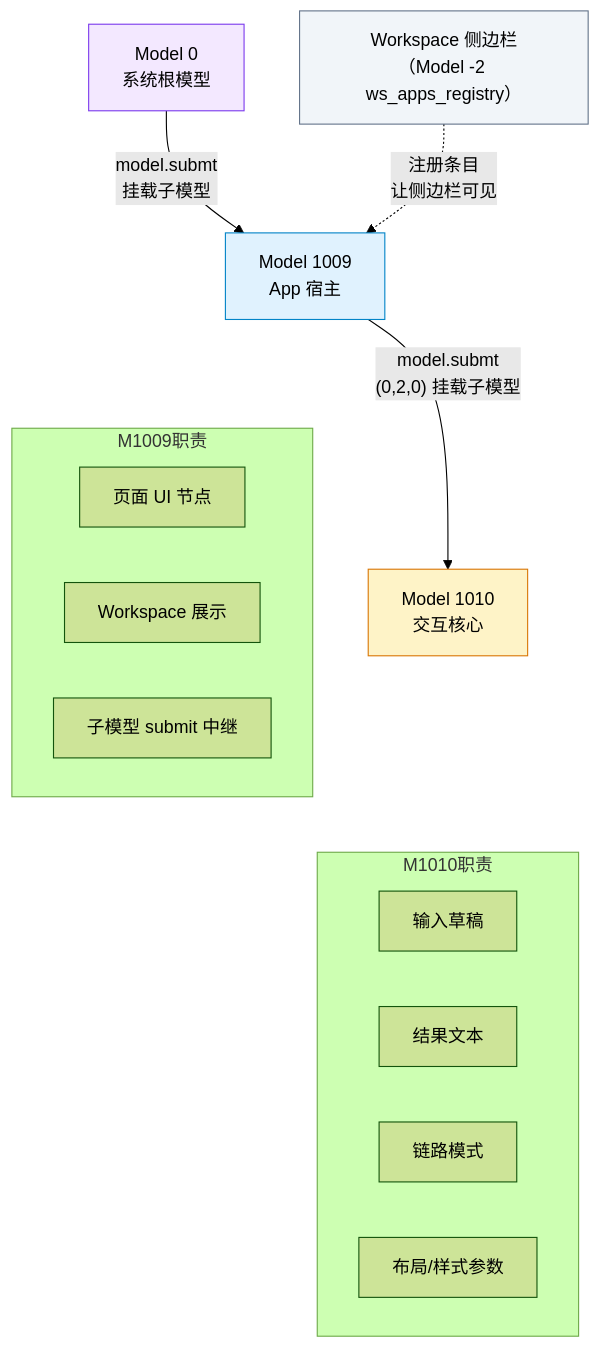
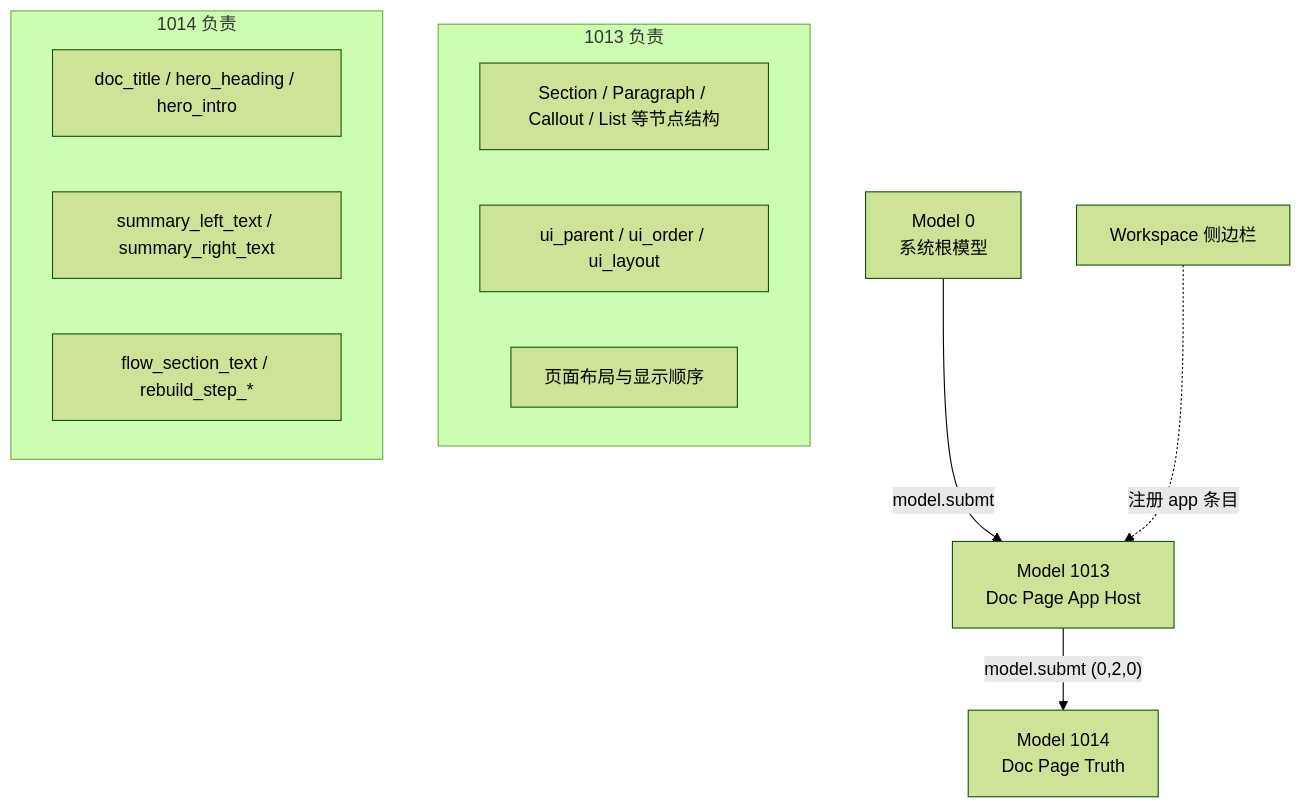
The second of 6 diagrams in docs/user-guide/workspace_ui_filltable_example_visualized.md (drooop/dongyu_js_core), drawn with Mermaid (forest theme) before and after one commit. The commit also changed other lines of this file and 6 other files, not shown here.

````diff
--- a/docs/user-guide/workspace_ui_filltable_example_visualized.md
+++ b/docs/user-guide/workspace_ui_filltable_example_visualized.md
@@ -51,34 +51,23 @@
 ```mermaid
 graph TD
     M0["Model 0\n系统根模型"]
-    M1009["Model 1009\nApp 宿主"]
-    M1010["Model 1010\n交互核心"]
-    WS["Workspace 侧边栏\n（Model -2 ws_apps_registry）"]
+    M1013["Model 1013\nDoc Page App Host"]
+    M1014["Model 1014\nDoc Page Truth"]
+    WS["Workspace 侧边栏"]
 
-    M0 -- "model.submt\n挂载子模型" --> M1009
-    M1009 -- "model.submt\n(0,2,0) 挂载子模型" --> M1010
-    WS -. "注册条目\n让侧边栏可见" .-> M1009
+    M0 -->|"model.submt"| M1013
+    M1013 -->|"model.submt (0,2,0)"| M1014
+    WS -. "注册 app 条目" .-> M1013
 
-    subgraph M1009职责
-        direction LR
-        a1["页面 UI 节点"]
-        a2["Workspace 展示"]
-        a3["子模型 submit 中继"]
+    subgraph host["1013 负责"]
+      h1["Section / Paragraph / Callout / List 等节点结构"]
+      h2["ui_parent / ui_order / ui_layout"]
+      h3["页面布局与显示顺序"]
     end
 
-    subgraph M1010职责
-        direction LR
-        b1["输入草稿"]
-        b2["结果文本"]
-        b3["链路模式"]
-        b4["布局/样式参数"]
+    subgraph truth["1014 负责"]
+      t1["doc_title / hero_heading / hero_intro"]
+      t2["summary_left_text / summary_right_text"]
+      t3["flow_section_text / rebuild_step_*"]
     end
-
-    M1009 ~~~ M1009职责
-    M1010 ~~~ M1010职责
-
-    style M0 fill:#f3e8ff,stroke:#7c3aed
-    style M1009 fill:#e0f2fe,stroke:#0284c7
-    style M1010 fill:#fef3c7,stroke:#d97706
-    style WS fill:#f1f5f9,stroke:#64748b
 ```
````
